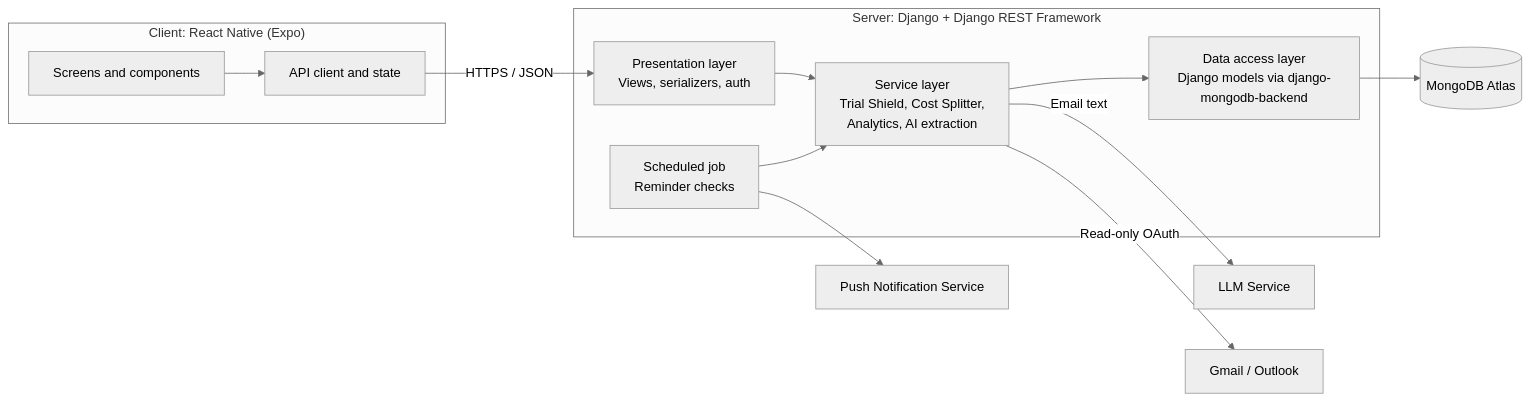
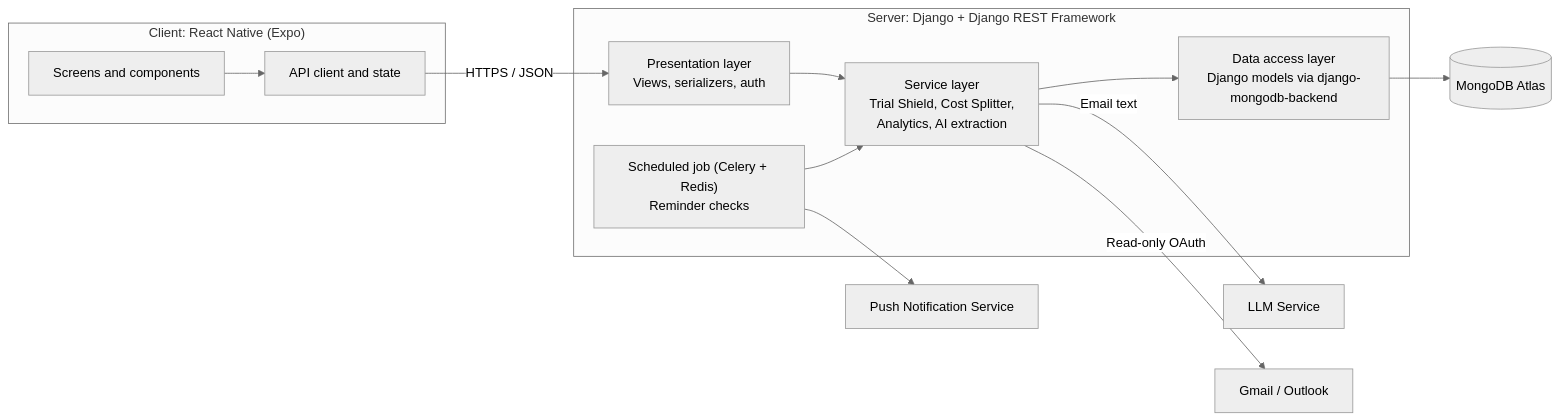
The second of 2 diagrams in README.md (hassan47khan/Capstone-Project), drawn with Mermaid (neutral theme) before and after one commit. The commit also changed other lines of this file, not shown here.

````diff
--- a/README.md
+++ b/README.md
@@ -416,27 +420,27 @@
 ```mermaid
 flowchart LR
     subgraph Client["Client: React Native (Expo)"]
         UI["Screens and components"]
         API["API client and state"]
     end
     subgraph Server["Server: Django + Django REST Framework"]
         V["Presentation layer<br/>Views, serializers, auth"]
         S["Service layer<br/>Trial Shield, Cost Splitter,<br/>Analytics, AI extraction"]
         DA["Data access layer<br/>Django models via django-mongodb-backend"]
-        J["Scheduled job<br/>Reminder checks"]
+        J["Scheduled job (Celery + Redis)<br/>Reminder checks"]
     end
     DB[("MongoDB Atlas")]
     LLM["LLM Service"]
     EM["Gmail / Outlook"]
     PUSH["Push Notification Service"]
 
     UI --> API
     API -- "HTTPS / JSON" --> V
     V --> S
     S --> DA
     DA --> DB
     S -- "Email text" --> LLM
     S -- "Read-only OAuth" --> EM
     J --> S
     J --> PUSH
 ```
````
